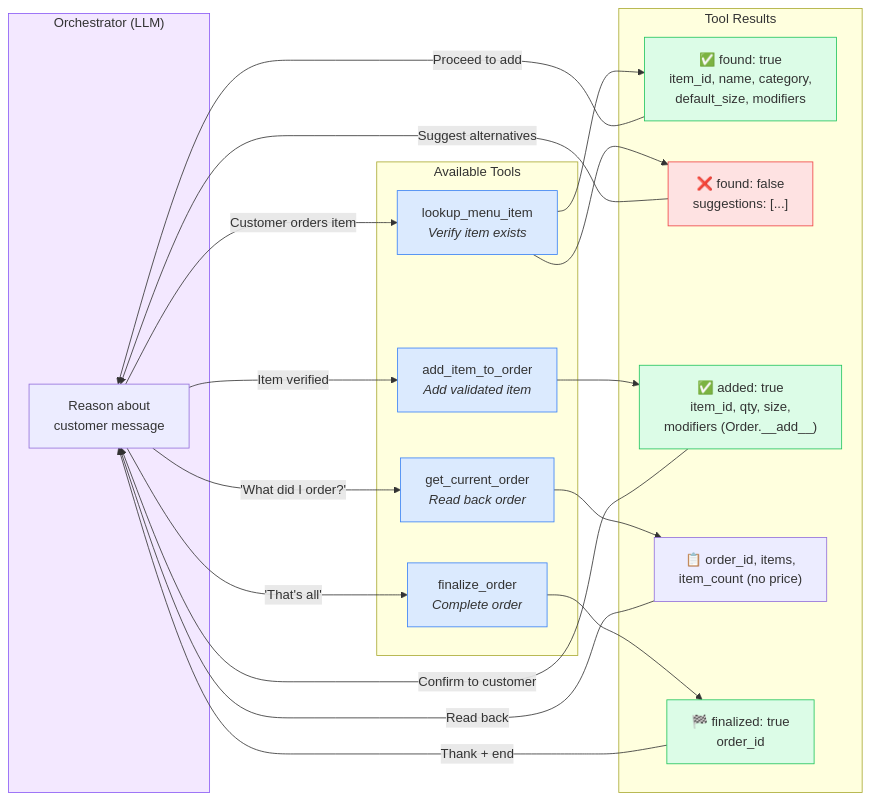
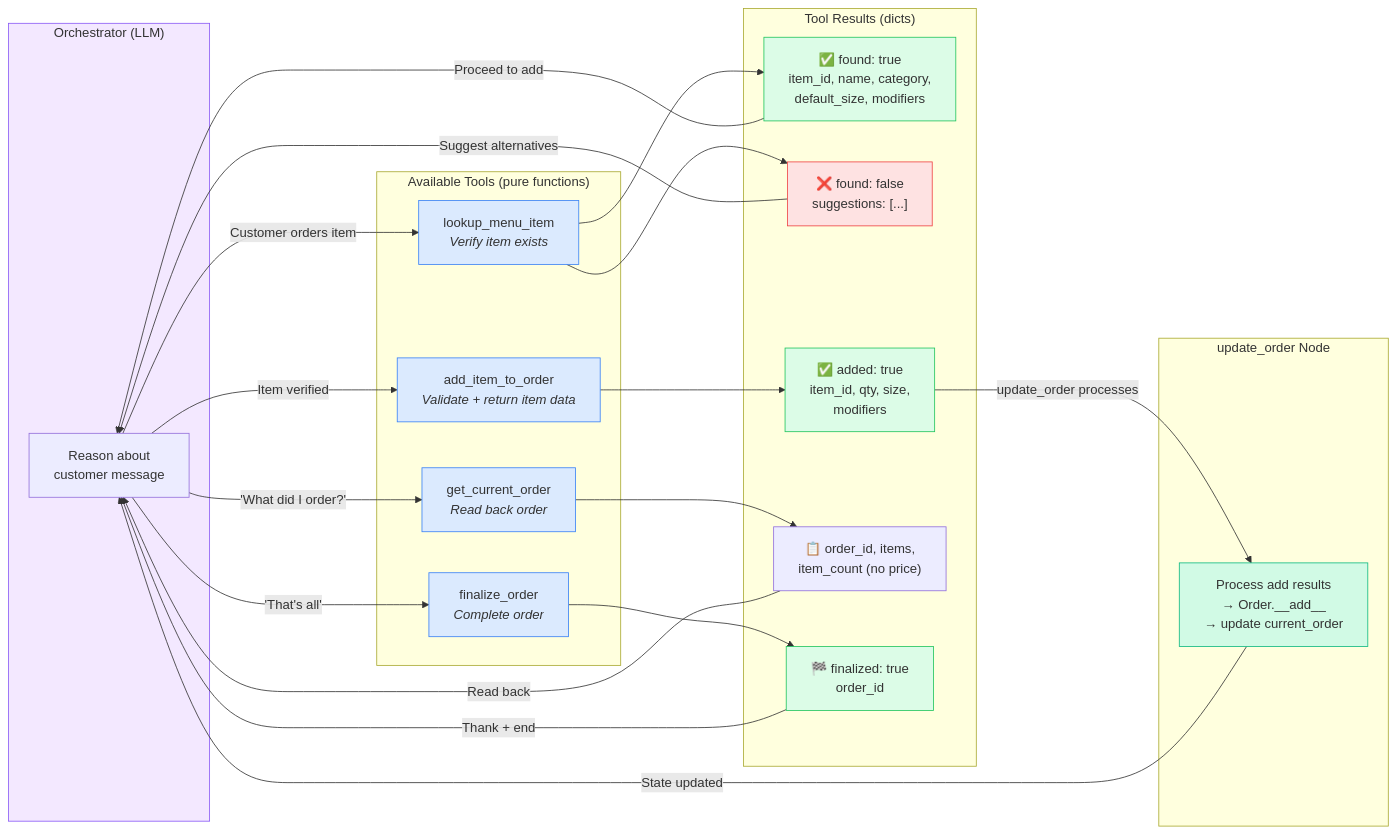
One commit to seanreed1111/mcdonalds-drive-thru-bot changed the sixth of 12 diagrams in docs/thoughts/target-implementation/v1/langgraph-state-diagrams-v1.md. Above: the diagram before and after it, drawn with Mermaid. The commit also changed other lines of this file and 16 other files, not shown here.

````diff
--- a/docs/thoughts/target-implementation/v1/langgraph-state-diagrams-v1.md
+++ b/docs/thoughts/target-implementation/v1/langgraph-state-diagrams-v1.md
@@ -280,48 +289,55 @@
 ```mermaid
 flowchart LR
     subgraph Orchestrator["Orchestrator (LLM)"]
         Reason["Reason about<br/>customer message"]
     end
 
-    subgraph Tools["Available Tools"]
+    subgraph Tools["Available Tools (pure functions)"]
         Lookup["lookup_menu_item<br/><i>Verify item exists</i>"]
-        Add["add_item_to_order<br/><i>Add validated item</i>"]
+        Add["add_item_to_order<br/><i>Validate + return item data</i>"]
         GetOrder["get_current_order<br/><i>Read back order</i>"]
         Finalize["finalize_order<br/><i>Complete order</i>"]
     end
 
-    subgraph Results["Tool Results"]
+    subgraph StateUpdate["update_order Node"]
+        UO["Process add results<br/>→ Order.__add__<br/>→ update current_order"]
+    end
+
+    subgraph Results["Tool Results (dicts)"]
         Found["✅ found: true<br/>item_id, name, category,<br/>default_size, modifiers"]
         NotFound["❌ found: false<br/>suggestions: [...]"]
-        Added["✅ added: true<br/>item_id, qty, size,<br/>modifiers (Order.__add__)"]
+        Added["✅ added: true<br/>item_id, qty, size,<br/>modifiers"]
         OrderSummary["📋 order_id, items,<br/>item_count (no price)"]
         Done["🏁 finalized: true<br/>order_id"]
     end
 
     Reason -->|"Customer orders item"| Lookup
     Reason -->|"Item verified"| Add
     Reason -->|"'What did I order?'"| GetOrder
     Reason -->|"'That's all'"| Finalize
 
     Lookup --> Found
     Lookup --> NotFound
     Add --> Added
     GetOrder --> OrderSummary
     Finalize --> Done
 
+    Added -->|"update_order processes"| UO
+    UO -->|"State updated"| Reason
+
     Found -->|"Proceed to add"| Reason
     NotFound -->|"Suggest alternatives"| Reason
-    Added -->|"Confirm to customer"| Reason
     OrderSummary -->|"Read back"| Reason
     Done -->|"Thank + end"| Reason
 
     style Orchestrator fill:#f3e8ff,stroke:#8b5cf6
     style Lookup fill:#dbeafe,stroke:#3b82f6
     style Add fill:#dbeafe,stroke:#3b82f6
     style GetOrder fill:#dbeafe,stroke:#3b82f6
     style Finalize fill:#dbeafe,stroke:#3b82f6
     style Found fill:#dcfce7,stroke:#22c55e
     style NotFound fill:#fee2e2,stroke:#ef4444
     style Added fill:#dcfce7,stroke:#22c55e
     style Done fill:#dcfce7,stroke:#22c55e
+    style UO fill:#d1fae5,stroke:#10b981
 ```
````
